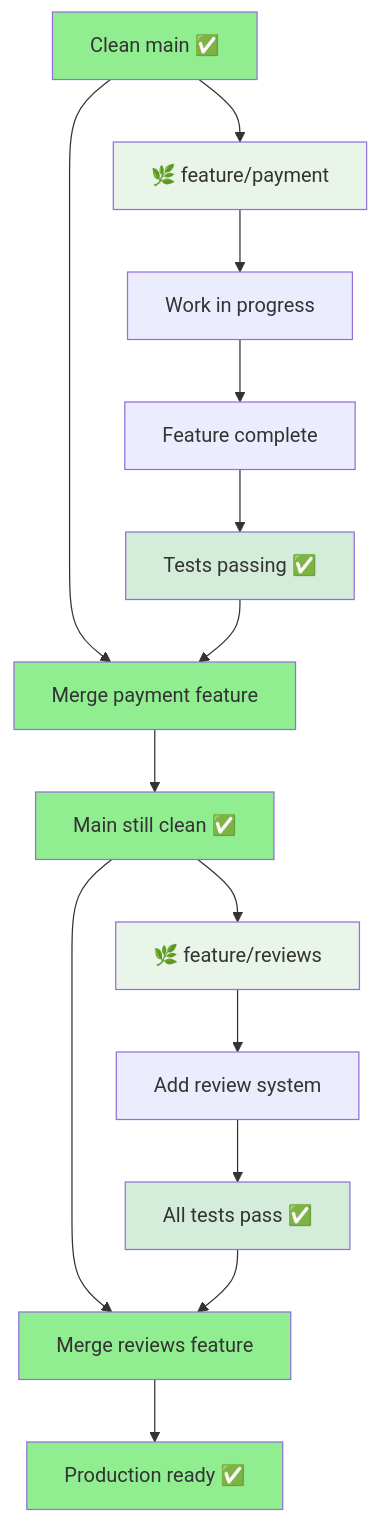
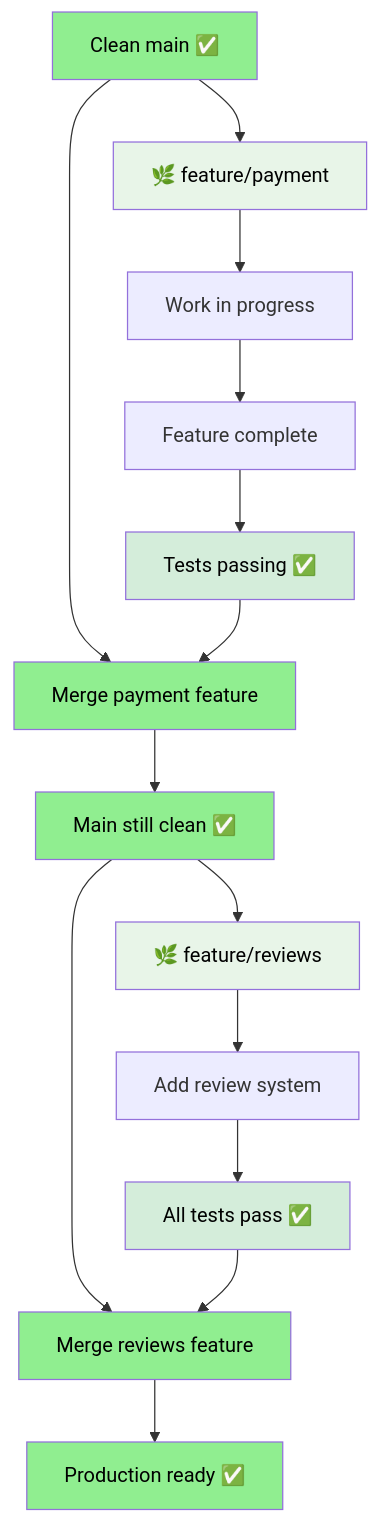
Before and after one commit to fightTone/GitBasic: diagram 11 of 11 in README.md, drawn with Mermaid. The commit also changed other lines of this file, not shown here.

Commit message:
readable diagrams

````diff
--- a/README.md
+++ b/README.md
@@ -520,29 +520,29 @@
 ```mermaid
 graph TD
     A[Clean main ✅] --> B[🌿 feature/payment]
     B --> C[Work in progress]
     C --> D[Feature complete]
     D --> E[Tests passing ✅]
     
     A --> F[Merge payment feature]
     E --> F
     F --> G[Main still clean ✅]
     
     G --> H[🌿 feature/reviews]
     H --> I[Add review system]
     I --> J[All tests pass ✅]
     
     G --> K[Merge reviews feature]
     J --> K
     K --> L[Production ready ✅]
     
-    style A fill:#90EE90
-    style F fill:#90EE90
-    style G fill:#90EE90
-    style K fill:#90EE90
-    style L fill:#90EE90
-    style B fill:#E8F5E8
-    style H fill:#E8F5E8
-    style E fill:#D4EDDA
-    style J fill:#D4EDDA
+    style A fill:#90EE90,color:#000000
+    style F fill:#90EE90,color:#000000
+    style G fill:#90EE90,color:#000000
+    style K fill:#90EE90,color:#000000
+    style L fill:#90EE90,color:#000000
+    style B fill:#E8F5E8,color:#000000
+    style H fill:#E8F5E8,color:#000000
+    style E fill:#D4EDDA,color:#000000
+    style J fill:#D4EDDA,color:#000000
 ```
````
